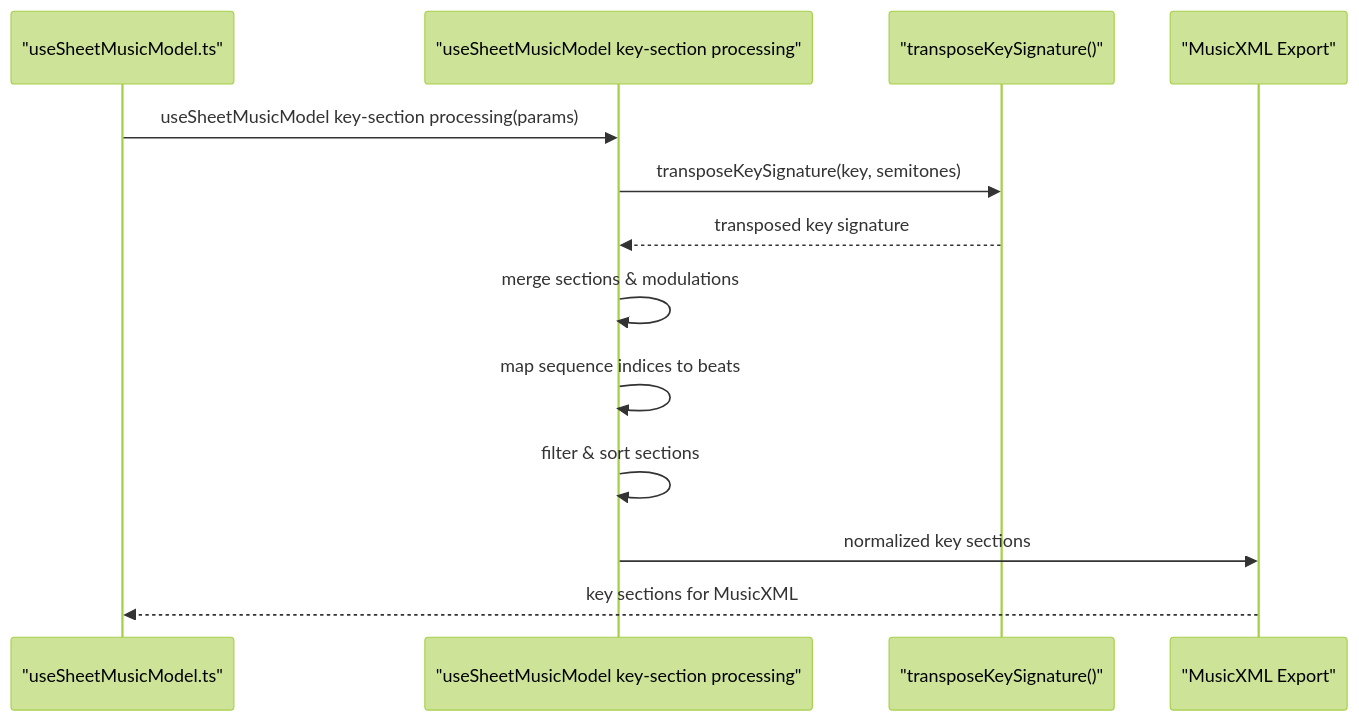
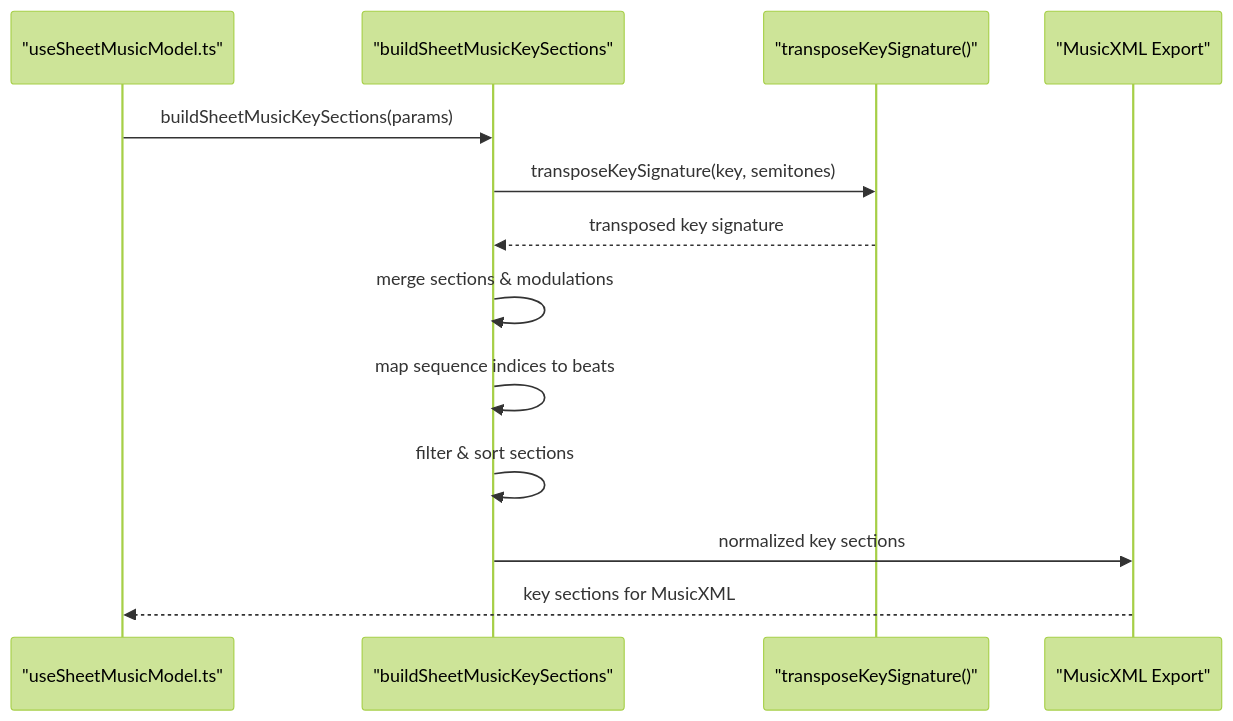
One commit to ptnghia-j/ChordMiniApp changed the sixth of 6 diagrams in .qoder/repowiki/en/content/Visualization and User Interface/Sheet Music Display.md. Above: the diagram before and after it, drawn with Mermaid (forest theme). The commit also changed other lines of this file and 9 other files, not shown here.

````diff
--- a/.qoder/repowiki/en/content/Visualization and User Interface/Sheet Music Display.md
+++ b/.qoder/repowiki/en/content/Visualization and User Interface/Sheet Music Display.md
@@ -433,15 +433,15 @@
 ```mermaid
 sequenceDiagram
 participant Model as "useSheetMusicModel.ts"
-participant Build as "useSheetMusicModel key-section processing"
+participant Build as "buildSheetMusicKeySections"
 participant Transpose as "transposeKeySignature()"
 participant Export as "MusicXML Export"
-Model->>Build : useSheetMusicModel key-section processing(params)
+Model->>Build : buildSheetMusicKeySections(params)
 Build->>Transpose : transposeKeySignature(key, semitones)
 Transpose-->>Build : transposed key signature
 Build->>Build : merge sections & modulations
 Build->>Build : map sequence indices to beats
 Build->>Build : filter & sort sections
 Build->>Export : normalized key sections
 Export-->>Model : key sections for MusicXML
 ```
````
